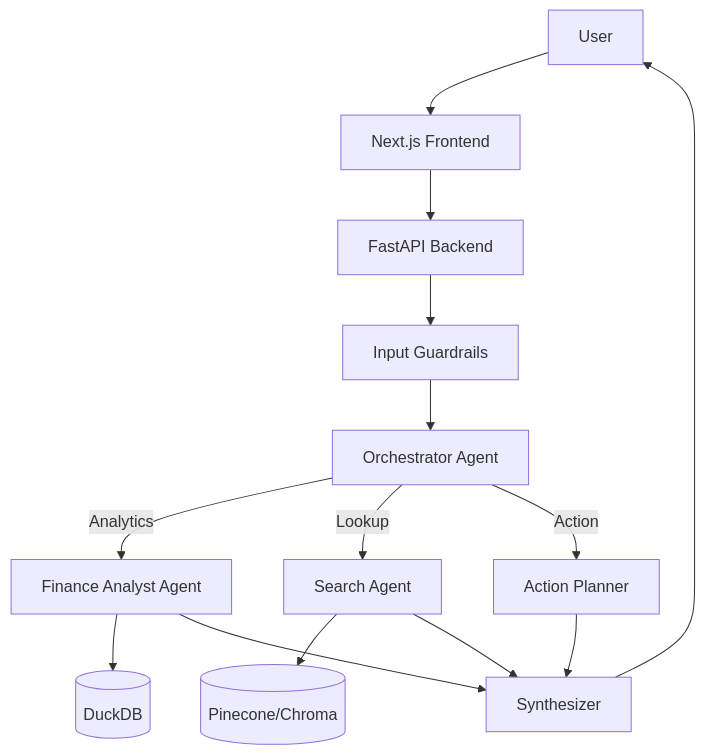
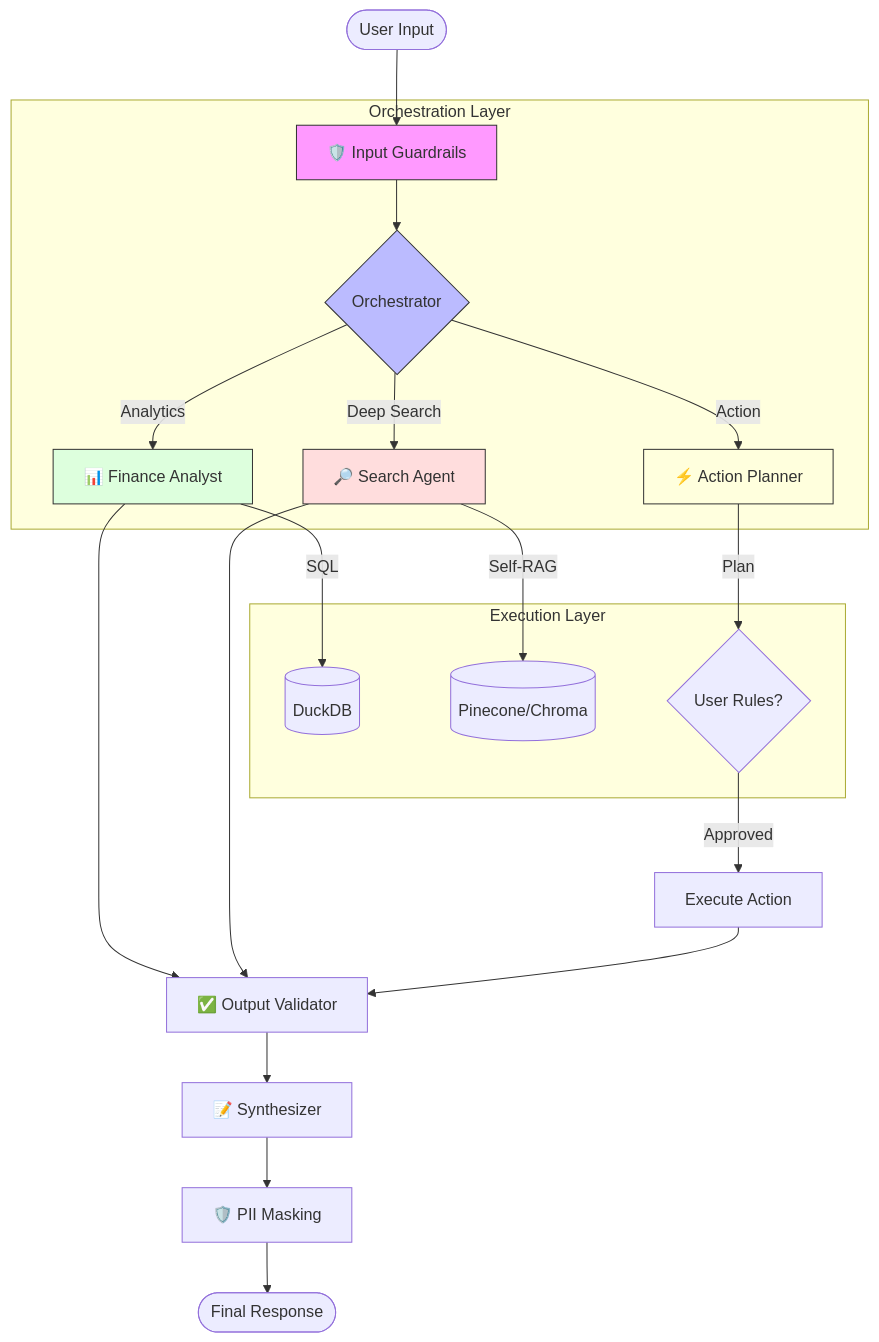
The first of 2 diagrams in README.md (EminDurmuSS/finn-chatbot), drawn with Mermaid before and after one commit. The commit also changed other lines of this file, not shown here.

Commit message:
docs: Enhance README with detailed architectural diagrams

````diff
--- a/README.md
+++ b/README.md
@@ -29,17 +20,29 @@
 ```mermaid
 graph TD
-    User[User] --> FE[Next.js Frontend]
-    FE --> API[FastAPI Backend]
-    API --> Guard[Input Guardrails]
-    Guard --> Orch[Orchestrator Agent]
+    User([User Input]) --> Guard[🛡️ Input Guardrails]
     
-    Orch -->|Analytics| Fin[Finance Analyst Agent]
-    Orch -->|Lookup| Search[Search Agent]
-    Orch -->|Action| Planner[Action Planner]
+    subgraph "Orchestration Layer"
+        Guard --> Router{Orchestrator}
+        Router -->|Analytics| Fin[📊 Finance Analyst]
+        Router -->|Deep Search| Search[🔎 Search Agent]
+        Router -->|Action| Planner[⚡ Action Planner]
+    end
     
-    Fin --> SQL[(DuckDB)]
-    Search --> RAG[(Pinecone/Chroma)]
+    subgraph "Execution Layer"
+        Fin -->|SQL| DB[(DuckDB)]
+        Search -->|Self-RAG| Vector[(Pinecone/Chroma)]
+        Planner -->|Plan| Confirm{User Rules?}
+    end
     
-    Fin & Search & Planner --> Syn[Synthesizer]
-    Syn --> User
+    Fin & Search --> Validator[✅ Output Validator]
+    Confirm -->|Approved| Exec[Execute Action] --> Validator
+    
+    Validator --> Syn[📝 Synthesizer]
+    Syn --> Mask[🛡️ PII Masking] --> Output([Final Response])
+
+    style Guard fill:#f9f,stroke:#333
+    style Router fill:#bbf,stroke:#333
+    style Fin fill:#dfd,stroke:#333
+    style Search fill:#fdd,stroke:#333
+    style Planner fill:#ffd,stroke:#333
 ```
````
